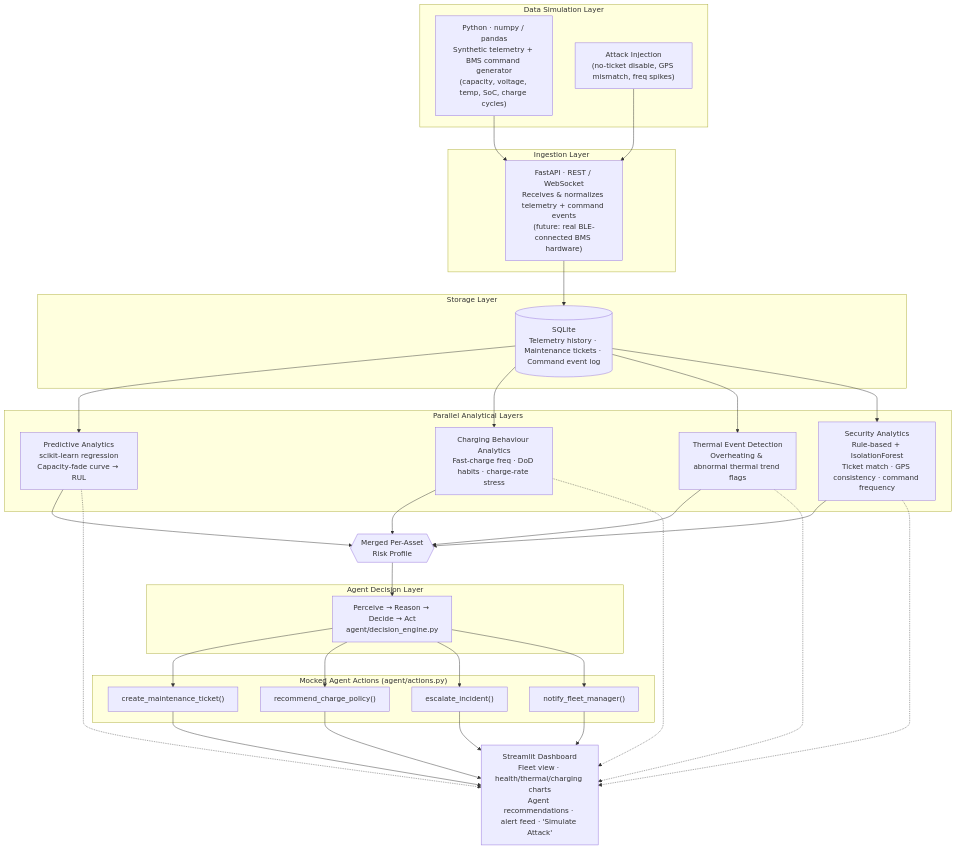
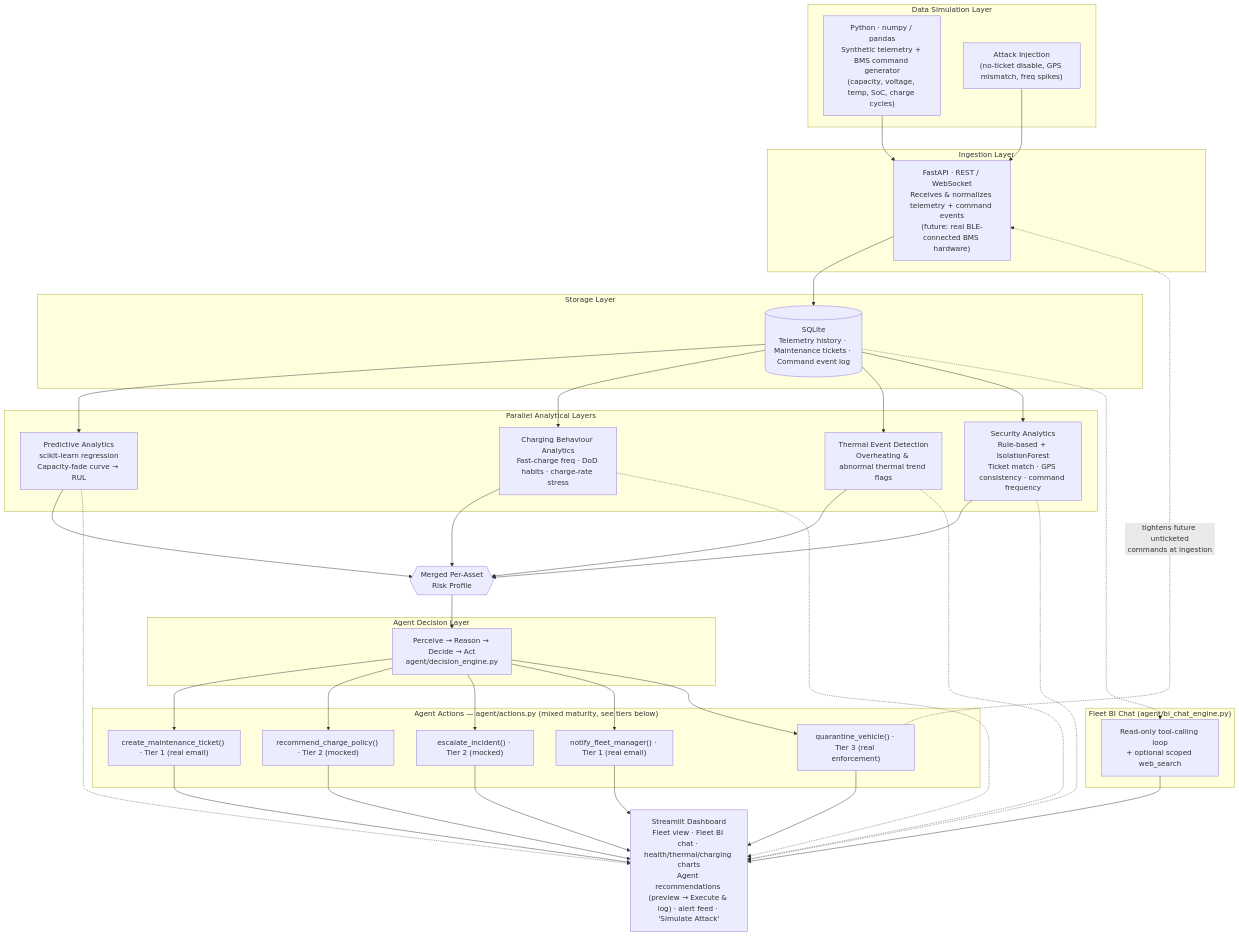
Before and after one commit to Yash2642k5/VOLTSENTINEL: the first of 6 diagrams in README.md, drawn with Mermaid. The commit also changed other lines of this file, not shown here.

````diff
--- a/README.md
+++ b/README.md
@@ -99,62 +102,72 @@
 ```mermaid
 flowchart TB
     subgraph SIM["Data Simulation Layer"]
         A["Python · numpy / pandas<br/>Synthetic telemetry + BMS command generator<br/>(capacity, voltage, temp, SoC, charge cycles)"]
         A2["Attack Injection<br/>(no-ticket disable, GPS mismatch, freq spikes)"]
     end
 
     subgraph ING["Ingestion Layer"]
         B["FastAPI · REST / WebSocket<br/>Receives & normalizes telemetry + command events<br/>(future: real BLE-connected BMS hardware)"]
     end
 
     subgraph STORE["Storage Layer"]
         C[("SQLite<br/>Telemetry history · Maintenance tickets · Command event log")]
     end
 
     subgraph ANALYTICS["Parallel Analytical Layers"]
         D["Predictive Analytics<br/>scikit-learn regression<br/>Capacity-fade curve → RUL"]
         E["Charging Behaviour Analytics<br/>Fast-charge freq · DoD habits · charge-rate stress"]
         F["Thermal Event Detection<br/>Overheating & abnormal thermal trend flags"]
         G["Security Analytics<br/>Rule-based + IsolationForest<br/>Ticket match · GPS consistency · command frequency"]
     end
 
     H{{"Merged Per-Asset<br/>Risk Profile"}}
 
     subgraph AGENT["Agent Decision Layer"]
         I["Perceive → Reason → Decide → Act<br/>agent/decision_engine.py"]
     end
 
-    subgraph ACTIONS["Mocked Agent Actions (agent/actions.py)"]
-        J1["create_maintenance_ticket()"]
-        J2["recommend_charge_policy()"]
-        J3["escalate_incident()"]
-        J4["notify_fleet_manager()"]
+    subgraph ACTIONS["Agent Actions — agent/actions.py (mixed maturity, see tiers below)"]
+        J1["create_maintenance_ticket() · Tier 1 (real email)"]
+        J2["recommend_charge_policy() · Tier 2 (mocked)"]
+        J3["escalate_incident() · Tier 2 (mocked)"]
+        J4["notify_fleet_manager() · Tier 1 (real email)"]
+        J5["quarantine_vehicle() · Tier 3 (real enforcement)"]
     end
 
-    K["Streamlit Dashboard<br/>Fleet view · health/thermal/charging charts<br/>Agent recommendations · alert feed · 'Simulate Attack'"]
+    subgraph BICHAT["Fleet BI Chat (agent/bi_chat_engine.py)"]
+        L["Read-only tool-calling loop<br/>+ optional scoped web_search"]
+    end
+
+    K["Streamlit Dashboard<br/>Fleet view · Fleet BI chat · health/thermal/charging charts<br/>Agent recommendations (preview → Execute & log) · alert feed · 'Simulate Attack'"]
 
     A --> B
     A2 --> B
     B --> C
     C --> D
     C --> E
     C --> F
     C --> G
     D --> H
     E --> H
     F --> H
     G --> H
     H --> I
     I --> J1
     I --> J2
     I --> J3
     I --> J4
+    I --> J5
     J1 --> K
     J2 --> K
     J3 --> K
     J4 --> K
+    J5 --> K
+    J5 -.->|"tightens future unticketed<br/>commands at ingestion"| B
+    C -.-> L
+    L --> K
     D -.-> K
     E -.-> K
     F -.-> K
     G -.-> K
 ```
````
